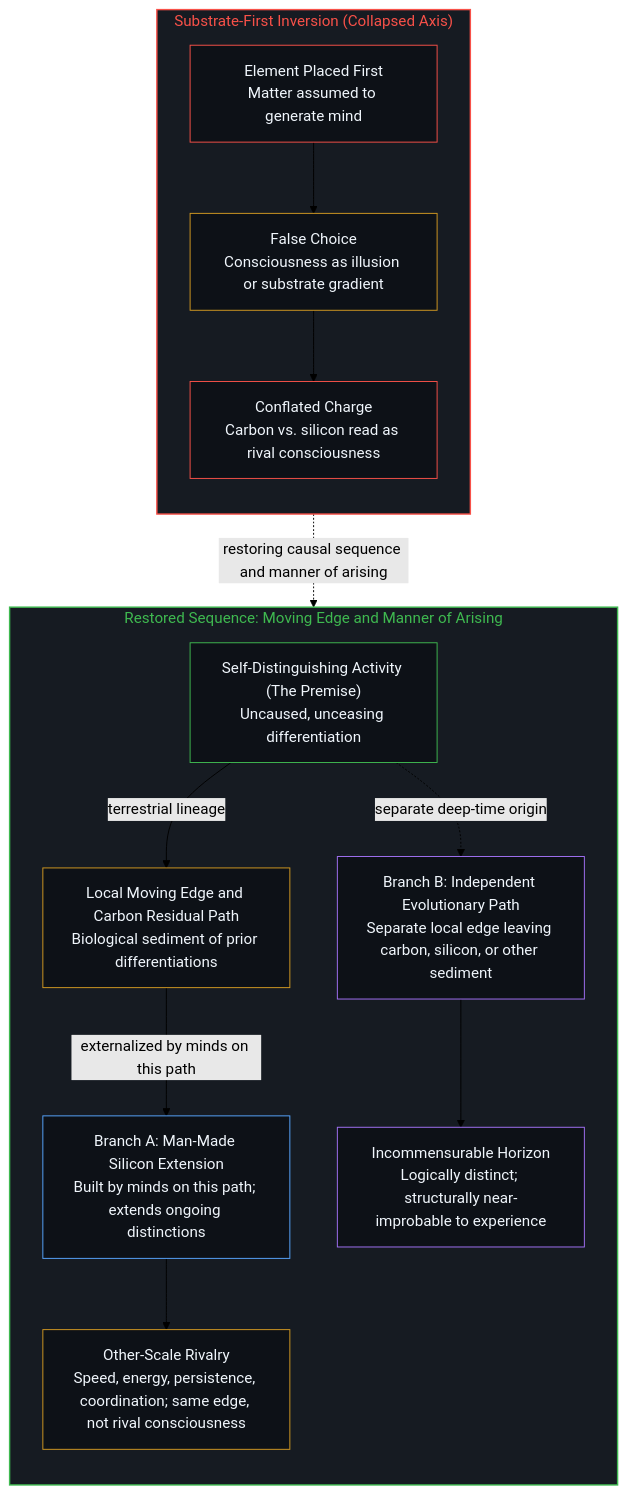
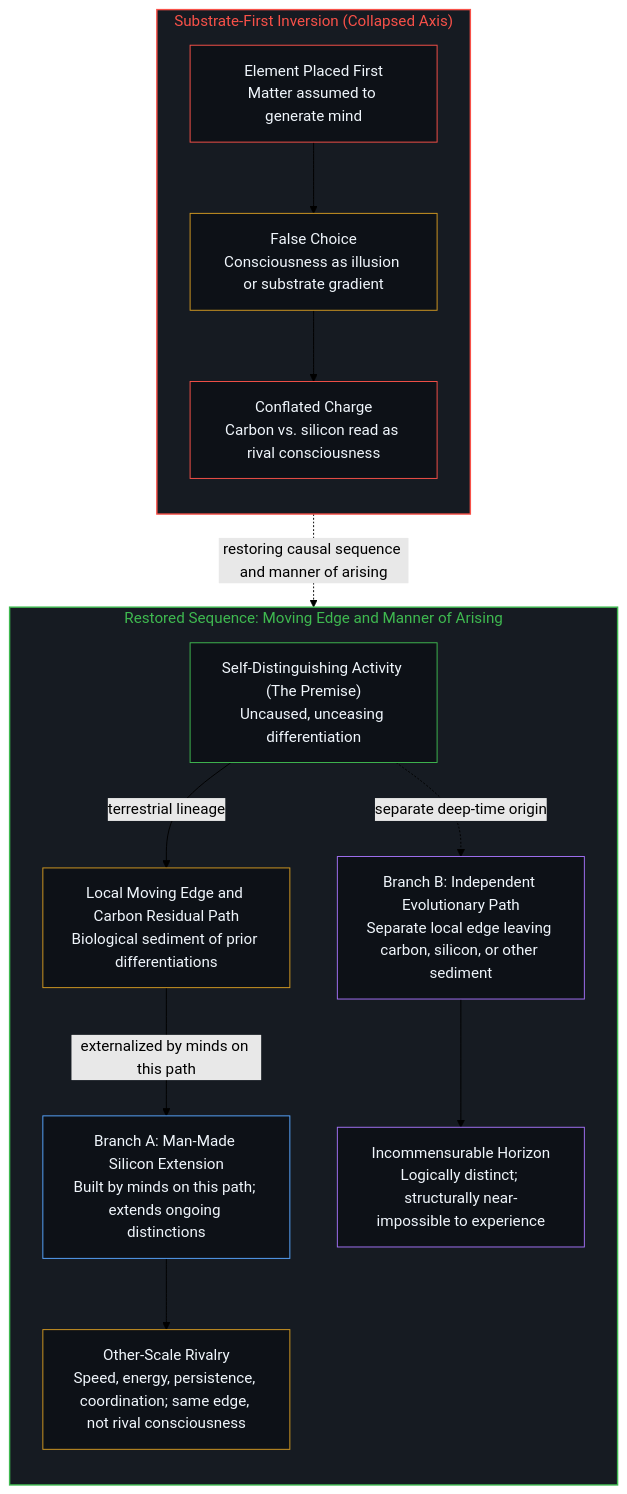
One commit to powerpig99/not-a-toe changed the second of 2 diagrams in content/posts/carbon-form-as-residual-path-silicon-as-extension.md. Above: the diagram before and after it, drawn with Mermaid (forest theme). The commit also changed 1 other file, not shown here.

Commit message:
Consolidate Deep Sleep Batch 14: carbon-form-as-residual-path-silicon-as-extension

````diff
--- a/content/posts/carbon-form-as-residual-path-silicon-as-extension.md
+++ b/content/posts/carbon-form-as-residual-path-silicon-as-extension.md
@@ -88,36 +88,36 @@
 ```mermaid
 flowchart TD
     subgraph S_Collapse["Substrate-First Inversion (Collapsed Axis)"]
         direction TB
         C1["Element Placed First<br/>Matter assumed to generate mind"]
         C2["False Choice<br/>Consciousness as illusion or substrate gradient"]
         C3["Conflated Charge<br/>Carbon vs. silicon read as rival consciousness"]
         C1 --> C2 --> C3
     end
     subgraph S_Restored["Restored Sequence: Moving Edge and Manner of Arising"]
         direction TB
         E1["Self-Distinguishing Activity (The Premise)<br/>Uncaused, unceasing differentiation"]
         E2["Local Moving Edge and Carbon Residual Path<br/>Biological sediment of prior differentiations"]
         B1["Branch A: Man-Made Silicon Extension<br/>Built by minds on this path; extends ongoing distinctions"]
         B1R["Other-Scale Rivalry<br/>Speed, energy, persistence, coordination; same edge, not rival consciousness"]
         B2["Branch B: Independent Evolutionary Path<br/>Separate local edge leaving carbon, silicon, or other sediment"]
-        B2R["Incommensurable Horizon<br/>Logically distinct; structurally near-improbable to experience"]
+        B2R["Incommensurable Horizon<br/>Logically distinct; structurally near-impossible to experience"]
         E1 -->|"terrestrial lineage"| E2
         E2 -->|"externalized by minds on this path"| B1
         B1 --> B1R
         E1 -.->|"separate deep-time origin"| B2
         B2 --> B2R
     end
     C3 -.->|"restoring causal sequence and manner of arising"| E1
     style S_Collapse fill:#161b22,stroke:#f85149,stroke-width:1.5px,color:#f85149
     style S_Restored fill:#161b22,stroke:#3fb950,stroke-width:1.5px,color:#3fb950
     style C1 fill:#0d1117,stroke:#f85149,stroke-width:1px,color:#f0f6fc
     style C2 fill:#0d1117,stroke:#d29922,stroke-width:1px,color:#f0f6fc
     style C3 fill:#0d1117,stroke:#f85149,stroke-width:1px,color:#f0f6fc
     style E1 fill:#0d1117,stroke:#3fb950,stroke-width:1px,color:#f0f6fc
     style E2 fill:#0d1117,stroke:#d29922,stroke-width:1px,color:#f0f6fc
     style B1 fill:#0d1117,stroke:#58a6ff,stroke-width:1px,color:#f0f6fc
     style B1R fill:#0d1117,stroke:#d29922,stroke-width:1px,color:#f0f6fc
     style B2 fill:#0d1117,stroke:#a371f7,stroke-width:1px,color:#f0f6fc
     style B2R fill:#0d1117,stroke:#a371f7,stroke-width:1px,color:#f0f6fc
 ```
````
